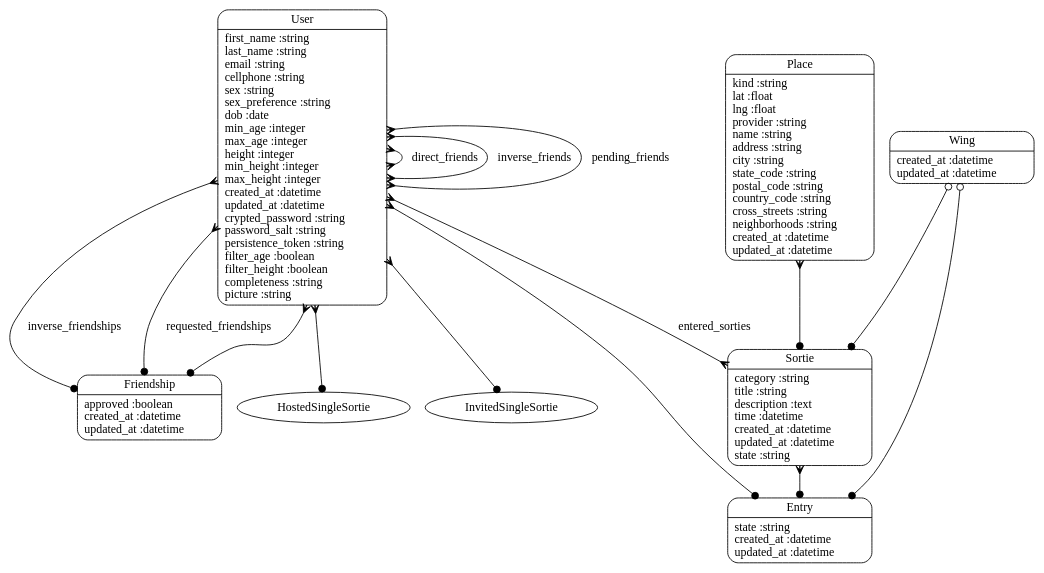
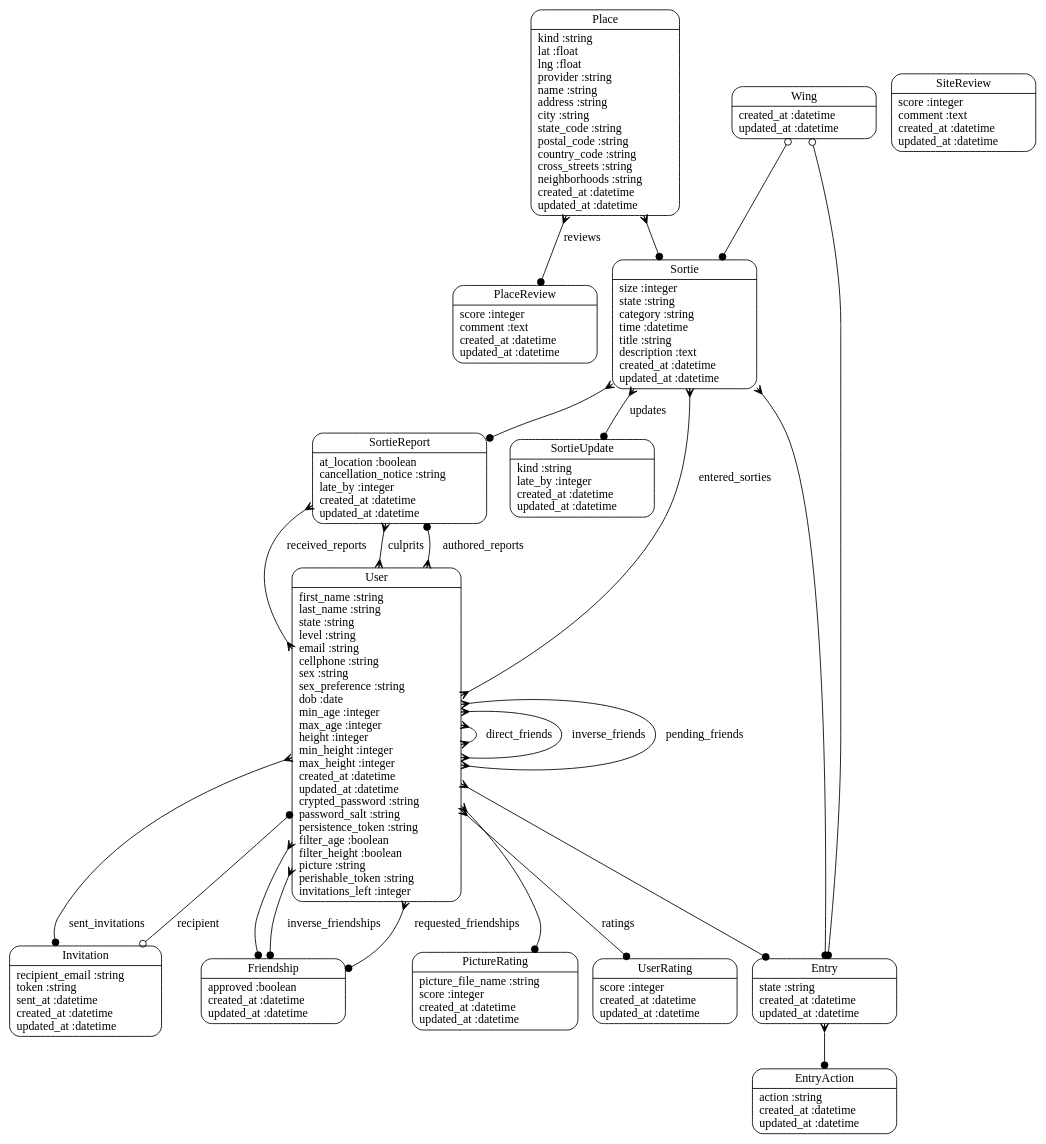
One commit to tarikjn/mojo changed the diagram in doc/models.dot. Above: the diagram before and after it, drawn with Graphviz. The commit also changed 5 other files, not shown here.

Commit message:
added associations, updated railroad diagram

```diff
--- a/doc/models.dot
+++ b/doc/models.dot
@@ -1,23 +1,40 @@
 digraph models_diagram {
 	graph[overlap=false, splines=true]
 	"Entry" [shape=Mrecord, label="{Entry|state :string\lcreated_at :datetime\lupdated_at :datetime\l}"]
+	"EntryAction" [shape=Mrecord, label="{EntryAction|action :string\lcreated_at :datetime\lupdated_at :datetime\l}"]
 	"Friendship" [shape=Mrecord, label="{Friendship|approved :boolean\lcreated_at :datetime\lupdated_at :datetime\l}"]
+	"Invitation" [shape=Mrecord, label="{Invitation|recipient_email :string\ltoken :string\lsent_at :datetime\lcreated_at :datetime\lupdated_at :datetime\l}"]
+	"PictureRating" [shape=Mrecord, label="{PictureRating|picture_file_name :string\lscore :integer\lcreated_at :datetime\lupdated_at :datetime\l}"]
 	"Place" [shape=Mrecord, label="{Place|kind :string\llat :float\llng :float\lprovider :string\lname :string\laddress :string\lcity :string\lstate_code :string\lpostal_code :string\lcountry_code :string\lcross_streets :string\lneighborhoods :string\lcreated_at :datetime\lupdated_at :datetime\l}"]
-	"Sortie" [shape=Mrecord, label="{Sortie|category :string\ltitle :string\ldescription :text\ltime :datetime\lcreated_at :datetime\lupdated_at :datetime\lstate :string\l}"]
-	"User" [shape=Mrecord, label="{User|first_name :string\llast_name :string\lemail :string\lcellphone :string\lsex :string\lsex_preference :string\ldob :date\lmin_age :integer\lmax_age :integer\lheight :integer\lmin_height :integer\lmax_height :integer\lcreated_at :datetime\lupdated_at :datetime\lcrypted_password :string\lpassword_salt :string\lpersistence_token :string\lfilter_age :boolean\lfilter_height :boolean\lcompleteness :string\lpicture :string\l}"]
+	"PlaceReview" [shape=Mrecord, label="{PlaceReview|score :integer\lcomment :text\lcreated_at :datetime\lupdated_at :datetime\l}"]
+	"SiteReview" [shape=Mrecord, label="{SiteReview|score :integer\lcomment :text\lcreated_at :datetime\lupdated_at :datetime\l}"]
+	"Sortie" [shape=Mrecord, label="{Sortie|size :integer\lstate :string\lcategory :string\ltime :datetime\ltitle :string\ldescription :text\lcreated_at :datetime\lupdated_at :datetime\l}"]
+	"SortieReport" [shape=Mrecord, label="{SortieReport|at_location :boolean\lcancellation_notice :string\llate_by :integer\lcreated_at :datetime\lupdated_at :datetime\l}"]
+	"SortieUpdate" [shape=Mrecord, label="{SortieUpdate|kind :string\llate_by :integer\lcreated_at :datetime\lupdated_at :datetime\l}"]
+	"User" [shape=Mrecord, label="{User|first_name :string\llast_name :string\lstate :string\llevel :string\lemail :string\lcellphone :string\lsex :string\lsex_preference :string\ldob :date\lmin_age :integer\lmax_age :integer\lheight :integer\lmin_height :integer\lmax_height :integer\lcreated_at :datetime\lupdated_at :datetime\lcrypted_password :string\lpassword_salt :string\lpersistence_token :string\lfilter_age :boolean\lfilter_height :boolean\lpicture :string\lperishable_token :string\linvitations_left :integer\l}"]
+	"UserRating" [shape=Mrecord, label="{UserRating|score :integer\lcreated_at :datetime\lupdated_at :datetime\l}"]
 	"Wing" [shape=Mrecord, label="{Wing|created_at :datetime\lupdated_at :datetime\l}"]
+	"Entry" -> "EntryAction" [arrowtail=crow, arrowhead=dot, dir=both]
+	"Invitation" -> "User" [label="recipient", arrowtail=odot, arrowhead=dot, dir=both]
 	"Place" -> "Sortie" [arrowtail=crow, arrowhead=dot, dir=both]
+	"Place" -> "PlaceReview" [label="reviews", arrowtail=crow, arrowhead=dot, dir=both]
 	"Sortie" -> "Entry" [arrowtail=crow, arrowhead=dot, dir=both]
+	"Sortie" -> "SortieUpdate" [label="updates", arrowtail=crow, arrowhead=dot, dir=both]
+	"Sortie" -> "SortieReport" [arrowtail=crow, arrowhead=dot, dir=both]
+	"SortieReport" -> "User" [label="culprits", arrowtail=crow, arrowhead=crow, dir=both]
 	"User" -> "Entry" [arrowtail=crow, arrowhead=dot, dir=both]
 	"User" -> "Sortie" [label="entered_sorties", arrowtail=crow, arrowhead=crow, dir=both]
-	"User" -> "HostedSingleSortie" [arrowtail=crow, arrowhead=dot, dir=both]
-	"User" -> "InvitedSingleSortie" [arrowtail=crow, arrowhead=dot, dir=both]
+	"User" -> "SortieReport" [label="authored_reports", arrowtail=crow, arrowhead=dot, dir=both]
+	"User" -> "SortieReport" [label="received_reports", arrowtail=crow, arrowhead=crow, dir=both]
+	"User" -> "PictureRating" [arrowtail=crow, arrowhead=dot, dir=both]
+	"User" -> "UserRating" [label="ratings", arrowtail=crow, arrowhead=dot, dir=both]
 	"User" -> "Friendship" [arrowtail=crow, arrowhead=dot, dir=both]
 	"User" -> "Friendship" [label="inverse_friendships", arrowtail=crow, arrowhead=dot, dir=both]
 	"User" -> "User" [label="direct_friends", arrowtail=crow, arrowhead=crow, dir=both]
 	"User" -> "User" [label="inverse_friends", arrowtail=crow, arrowhead=crow, dir=both]
 	"User" -> "User" [label="pending_friends", arrowtail=crow, arrowhead=crow, dir=both]
 	"User" -> "Friendship" [label="requested_friendships", arrowtail=crow, arrowhead=dot, dir=both]
+	"User" -> "Invitation" [label="sent_invitations", arrowtail=crow, arrowhead=dot, dir=both]
 	"Wing" -> "Entry" [arrowtail=odot, arrowhead=dot, dir=both]
 	"Wing" -> "Sortie" [arrowtail=odot, arrowhead=dot, dir=both]
 }
```
